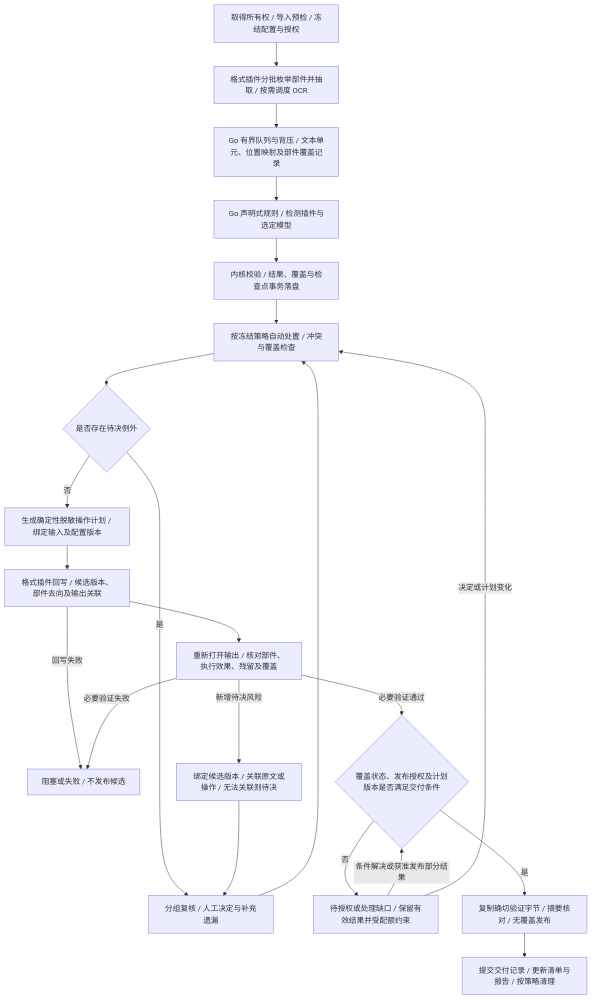
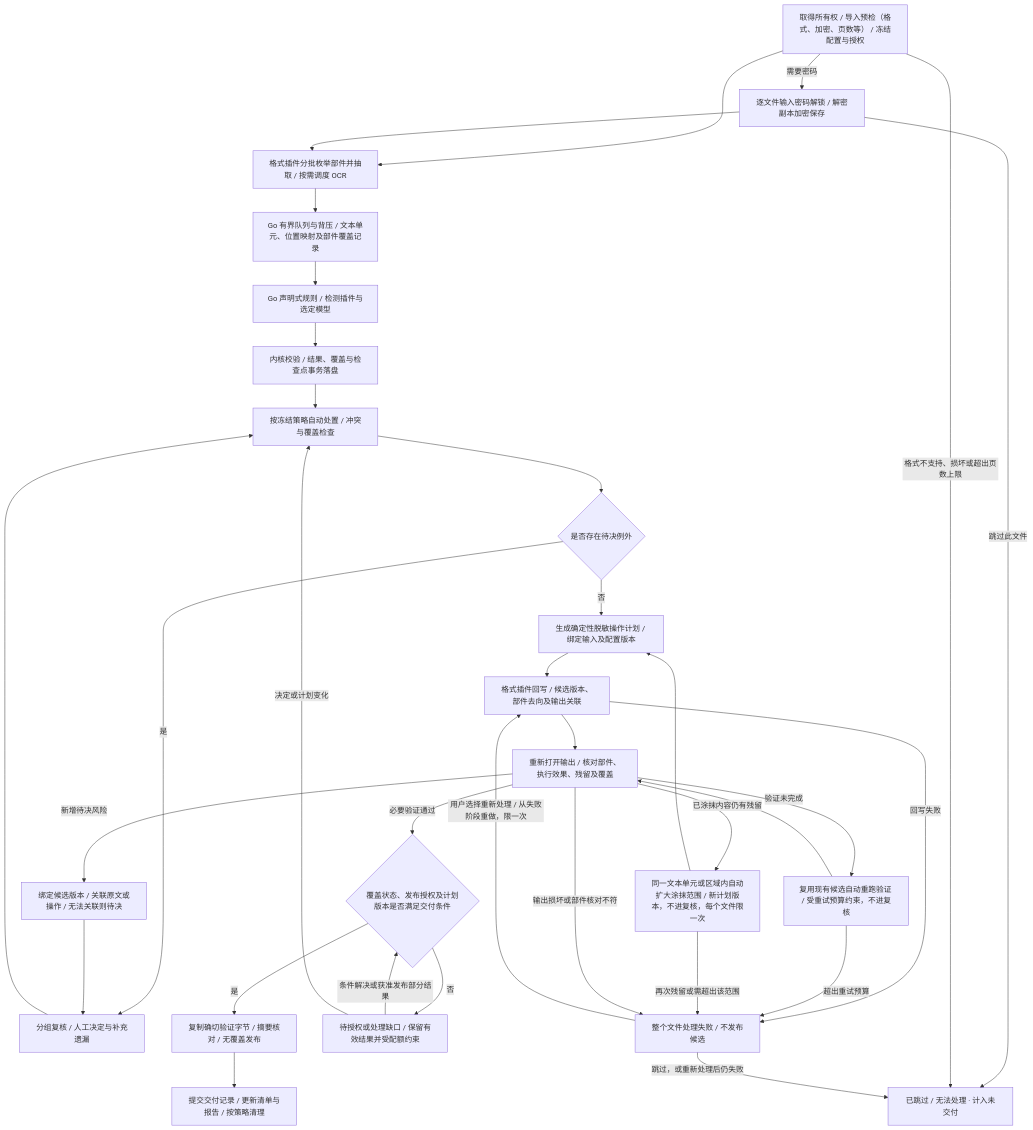
One commit to jorben/tacet changed the second of 4 diagrams in docs/v1/tacet-architecture.md. Above: the diagram before and after it, drawn with Mermaid. The commit also changed other lines of this file and 1 other file, not shown here.

````diff
--- a/docs/v1/tacet-architecture.md
+++ b/docs/v1/tacet-architecture.md
@@ -52,24 +56,36 @@
 ```mermaid
 flowchart TB
-    IMPORT["取得所有权 / 导入预检 / 冻结配置与授权"] --> EXTRACT["格式插件分批枚举部件并抽取 / 按需调度 OCR"]
+    IMPORT["取得所有权 / 导入预检（格式、加密、页数等） / 冻结配置与授权"] --> EXTRACT["格式插件分批枚举部件并抽取 / 按需调度 OCR"]
+    IMPORT -->|需要密码| UNLOCK["逐文件输入密码解锁 / 解密副本加密保存"]
+    UNLOCK --> EXTRACT
+    UNLOCK -->|跳过此文件| UNDELIVERED
+    IMPORT -->|格式不支持、损坏或超出页数上限| UNDELIVERED
     EXTRACT --> QUEUE["Go 有界队列与背压 / 文本单元、位置映射及部件覆盖记录"]
     QUEUE --> DETECT["Go 声明式规则 / 检测插件与选定模型"]
     DETECT --> SAVE["内核校验 / 结果、覆盖与检查点事务落盘"]
     SAVE --> RESOLVE["按冻结策略自动处置 / 冲突与覆盖检查"]
     RESOLVE --> PENDING{"是否存在待决例外"}
     PENDING -->|是| REVIEW["分组复核 / 人工决定与补充遗漏"]
     REVIEW --> RESOLVE
     PENDING -->|否| PLAN["生成确定性脱敏操作计划 / 绑定输入及配置版本"]
     PLAN --> WRITE["格式插件回写 / 候选版本、部件去向及输出关联"]
     WRITE --> CHECK["重新打开输出 / 核对部件、执行效果、残留及覆盖"]
-    WRITE -->|回写失败| FAILED["阻塞或失败 / 不发布候选"]
+    WRITE -->|回写失败| FAILED["整个文件处理失败 / 不发布候选"]
+    CHECK -->|验证未完成| RERUN["复用现有候选自动重跑验证 / 受重试预算约束，不进复核"]
+    RERUN --> CHECK
+    RERUN -->|超出重试预算| FAILED
     CHECK -->|新增待决风险| LINK["绑定候选版本 / 关联原文或操作 / 无法关联则待决"]
     LINK --> REVIEW
-    CHECK -->|必要验证失败| FAILED
+    CHECK -->|已涂抹内容仍有残留| WIDEN["同一文本单元或区域内自动扩大涂抹范围 / 新计划版本，不进复核，每个文件限一次"]
+    WIDEN --> PLAN
+    WIDEN -->|再次残留或需超出该范围| FAILED
+    CHECK -->|输出损坏或部件核对不符| FAILED
+    FAILED -->|用户选择重新处理 / 从失败阶段重做，限一次| WRITE
+    FAILED -->|跳过，或重新处理后仍失败| UNDELIVERED["已跳过 / 无法处理 · 计入未交付"]
     CHECK -->|必要验证通过| GATE{"覆盖状态、发布授权及计划版本是否满足交付条件"}
     GATE -->|否| WAIT["待授权或处理缺口 / 保留有效结果并受配额约束"]
     WAIT -->|条件解决或获准发布部分结果| GATE
     WAIT -->|决定或计划变化| RESOLVE
     GATE -->|是| PUBLISH["复制确切验证字节 / 摘要核对 / 无覆盖发布"]
     PUBLISH --> REPORT["提交交付记录 / 更新清单与报告 / 按策略清理"]
 ```
````
